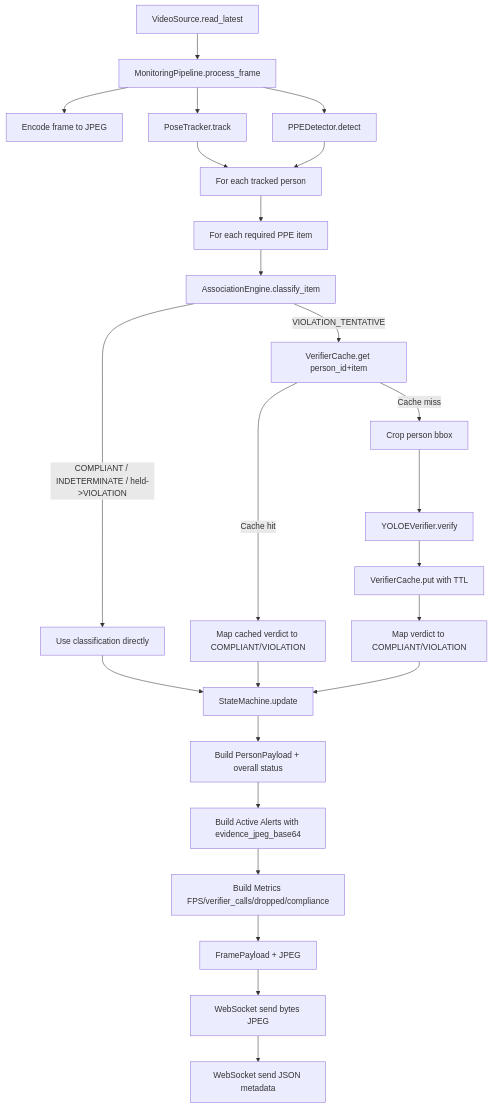
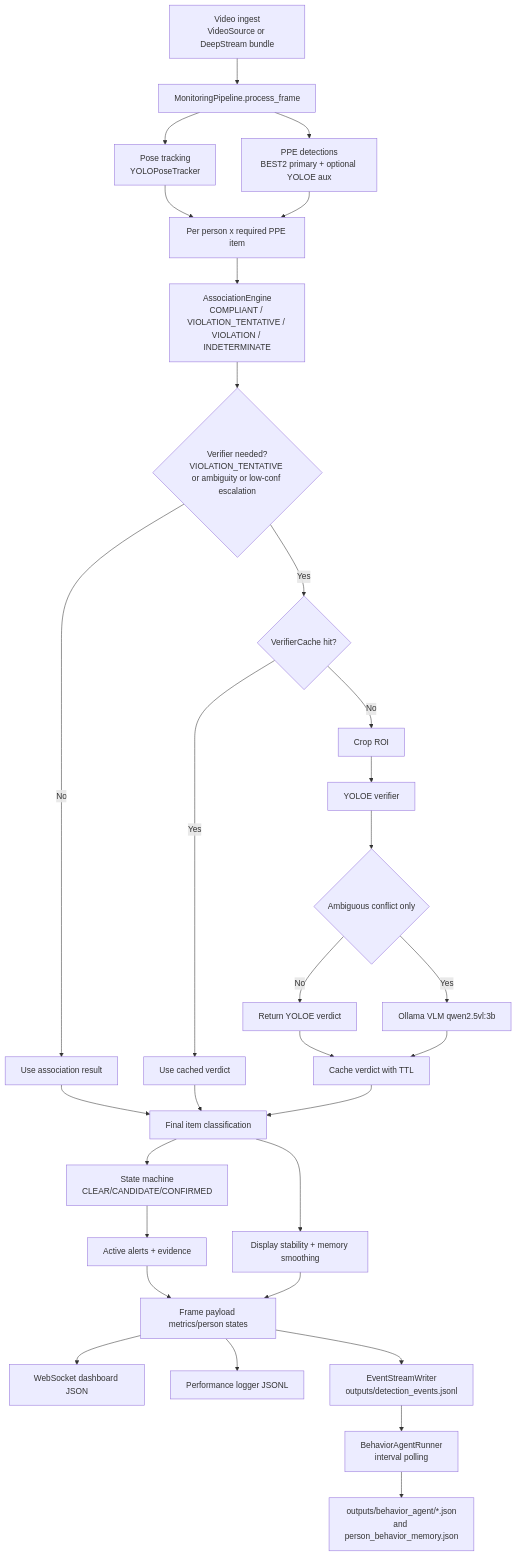
The first of 2 diagrams in ppe_monitor/README.md (treeone246/iCCTVv1), drawn with Mermaid before and after one commit. The commit also changed other lines of this file, not shown here.

Commit message:
docs: rewrite README to reflect current implementation, add pipeline and state machine diagrams

````diff
--- a/ppe_monitor/README.md
+++ b/ppe_monitor/README.md
@@ -463,34 +102,40 @@
 ```mermaid
 flowchart TD
-    A[VideoSource.read_latest] --> B[MonitoringPipeline.process_frame]
-    B --> C[Encode frame to JPEG]
-    B --> D[PoseTracker.track]
-    B --> E[PPEDetector.detect]
+    A[Video ingest<br/>VideoSource or DeepStream bundle] --> B[MonitoringPipeline.process_frame]
 
-    D --> F[For each tracked person]
-    E --> F
+    B --> C[Pose tracking<br/>YOLOPoseTracker]
+    B --> D[PPE detections<br/>BEST2 primary + optional YOLOE aux]
 
-    F --> G[For each required PPE item]
-    G --> H[AssociationEngine.classify_item]
+    C --> E[Per person x required PPE item]
+    D --> E
 
-    H -->|COMPLIANT / INDETERMINATE / held->VIOLATION| I[Use classification directly]
-    H -->|VIOLATION_TENTATIVE| J[VerifierCache.get person_id+item]
+    E --> F[AssociationEngine<br/>COMPLIANT / VIOLATION_TENTATIVE / VIOLATION / INDETERMINATE]
 
-    J -->|Cache hit| K[Map cached verdict to COMPLIANT/VIOLATION]
-    J -->|Cache miss| L[Crop person bbox]
-    L --> M[YOLOEVerifier.verify]
-    M --> N[VerifierCache.put with TTL]
-    N --> O[Map verdict to COMPLIANT/VIOLATION]
+    F --> G{Verifier needed?<br/>VIOLATION_TENTATIVE or ambiguity or low-conf escalation}
+    G -->|No| H[Use association result]
+    G -->|Yes| I{VerifierCache hit?}
+    I -->|Yes| J[Use cached verdict]
+    I -->|No| K[Crop ROI]
+    K --> L[YOLOE verifier]
+    L --> M{Ambiguous conflict only}
+    M -->|No| N[Return YOLOE verdict]
+    M -->|Yes| O[Ollama VLM qwen2.5vl:3b]
+    O --> P[Cache verdict with TTL]
+    N --> P
+    J --> Q[Final item classification]
+    H --> Q
+    P --> Q
 
-    I --> P[StateMachine.update]
-    K --> P
-    O --> P
+    Q --> R[State machine<br/>CLEAR/CANDIDATE/CONFIRMED]
+    R --> S[Active alerts + evidence]
+    Q --> T[Display stability + memory smoothing]
+    T --> U[Frame payload metrics/person states]
+    S --> U
 
-    P --> Q[Build PersonPayload + overall status]
-    Q --> R[Build Active Alerts with evidence_jpeg_base64]
-    R --> S[Build Metrics FPS/verifier_calls/dropped/compliance]
-    S --> T[FramePayload + JPEG]
+    U --> V[WebSocket dashboard JSON]
+    U --> W[Performance logger JSONL]
 
-    T --> U[WebSocket send bytes JPEG]
-    U --> V[WebSocket send JSON metadata]
+    U --> X[EventStreamWriter<br/>outputs/detection_events.jsonl]
+    X --> Y[BehaviorAgentRunner<br/>interval polling]
+    Y --> Z[outputs/behavior_agent/*.json<br/>and person_behavior_memory.json]
 ```
````
